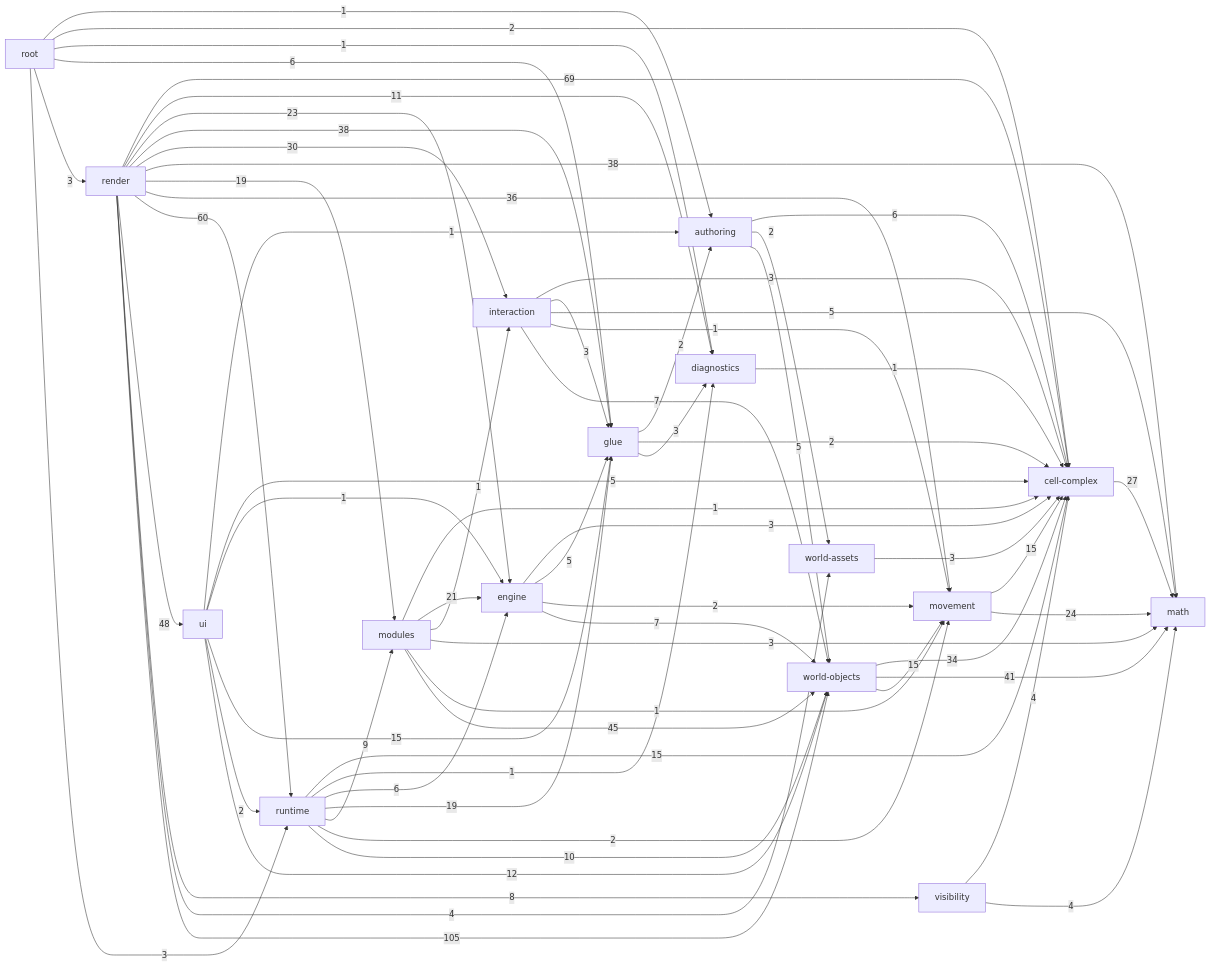
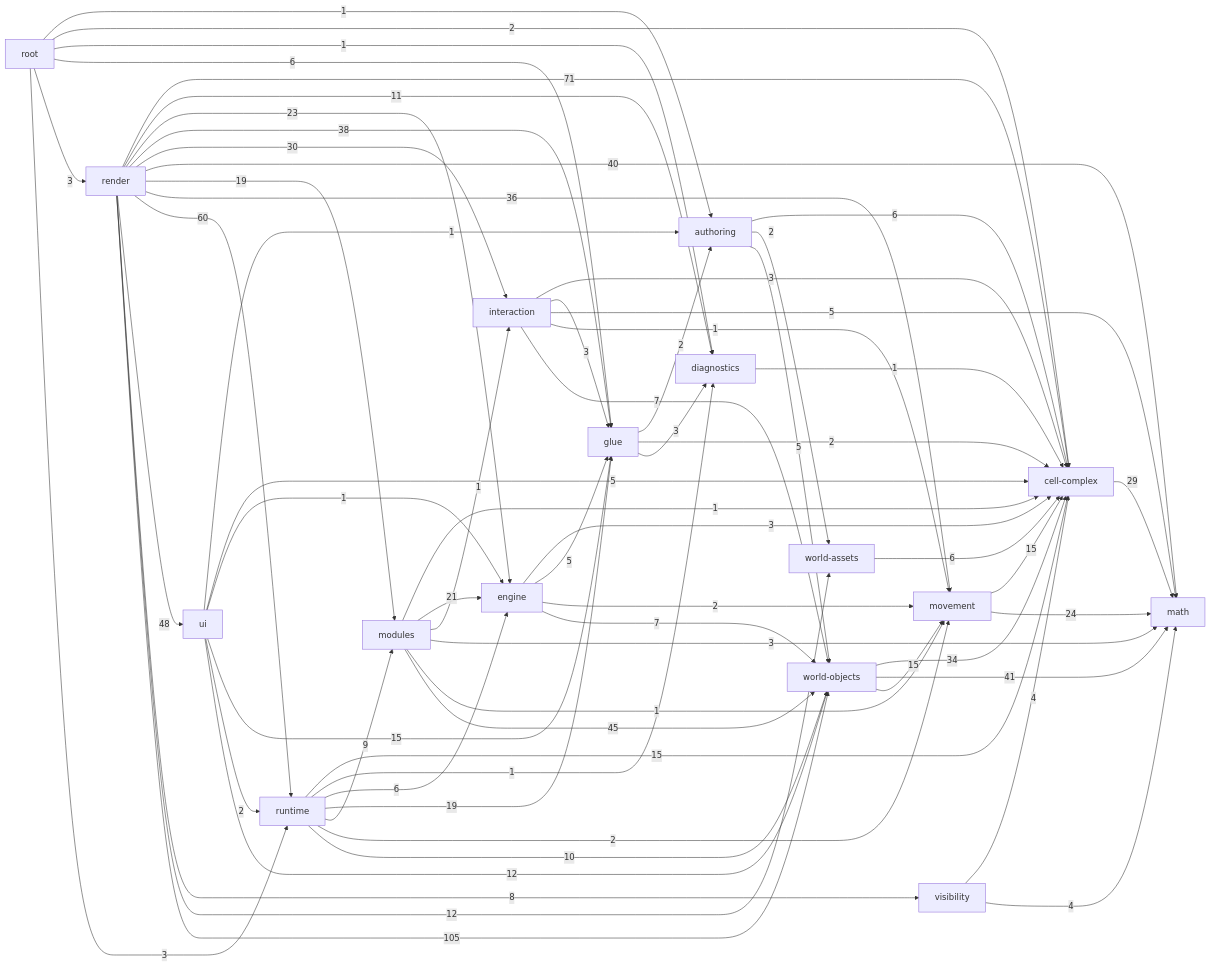
One commit to guraltsev/noneuclid-fpv changed the diagram in _docs/generated/ARCHITECTURE_REFERENCE.md. Above: the diagram before and after it, drawn with Mermaid. The commit also changed other lines of this file and 2 other files, not shown here.

````diff
--- a/_docs/generated/ARCHITECTURE_REFERENCE.md
+++ b/_docs/generated/ARCHITECTURE_REFERENCE.md
@@ -37,82 +37,82 @@
 ```mermaid
 flowchart LR
   math["math"]
   cell_complex["cell-complex"]
   diagnostics["diagnostics"]
   visibility["visibility"]
   movement["movement"]
   world_assets["world-assets"]
   world_objects["world-objects"]
   authoring["authoring"]
   glue["glue"]
   interaction["interaction"]
   engine["engine"]
   modules["modules"]
   runtime["runtime"]
   ui["ui"]
   render["render"]
   root["root"]
   authoring -->|6| cell_complex
   authoring -->|2| world_assets
   authoring -->|5| world_objects
-  cell_complex -->|27| math
+  cell_complex -->|29| math
   diagnostics -->|1| cell_complex
   engine -->|3| cell_complex
   engine -->|5| glue
   engine -->|2| movement
   engine -->|7| world_objects
   glue -->|2| authoring
   glue -->|2| cell_complex
   glue -->|3| diagnostics
   interaction -->|3| cell_complex
   interaction -->|3| glue
   interaction -->|5| math
   interaction -->|1| movement
   interaction -->|7| world_objects
   modules -->|1| cell_complex
   modules -->|21| engine
   modules -->|1| interaction
   modules -->|3| math
   modules -->|1| movement
   modules -->|45| world_objects
   movement -->|15| cell_complex
   movement -->|24| math
-  render -->|69| cell_complex
+  render -->|71| cell_complex
   render -->|11| diagnostics
   render -->|23| engine
   render -->|38| glue
   render -->|30| interaction
-  render -->|38| math
+  render -->|40| math
   render -->|19| modules
   render -->|36| movement
   render -->|60| runtime
   render -->|48| ui
   render -->|8| visibility
-  render -->|4| world_assets
+  render -->|12| world_assets
   render -->|105| world_objects
   root -->|1| authoring
   root -->|2| cell_complex
   root -->|1| diagnostics
   root -->|6| glue
   root -->|3| render
   root -->|3| runtime
   runtime -->|15| cell_complex
   runtime -->|1| diagnostics
   runtime -->|6| engine
   runtime -->|19| glue
   runtime -->|9| modules
   runtime -->|2| movement
   runtime -->|10| world_objects
   ui -->|1| authoring
   ui -->|5| cell_complex
   ui -->|1| engine
   ui -->|15| glue
   ui -->|2| runtime
   ui -->|12| world_objects
   visibility -->|4| cell_complex
   visibility -->|4| math
-  world_assets -->|3| cell_complex
+  world_assets -->|6| cell_complex
   world_objects -->|34| cell_complex
   world_objects -->|41| math
   world_objects -->|15| movement
 ```
````
